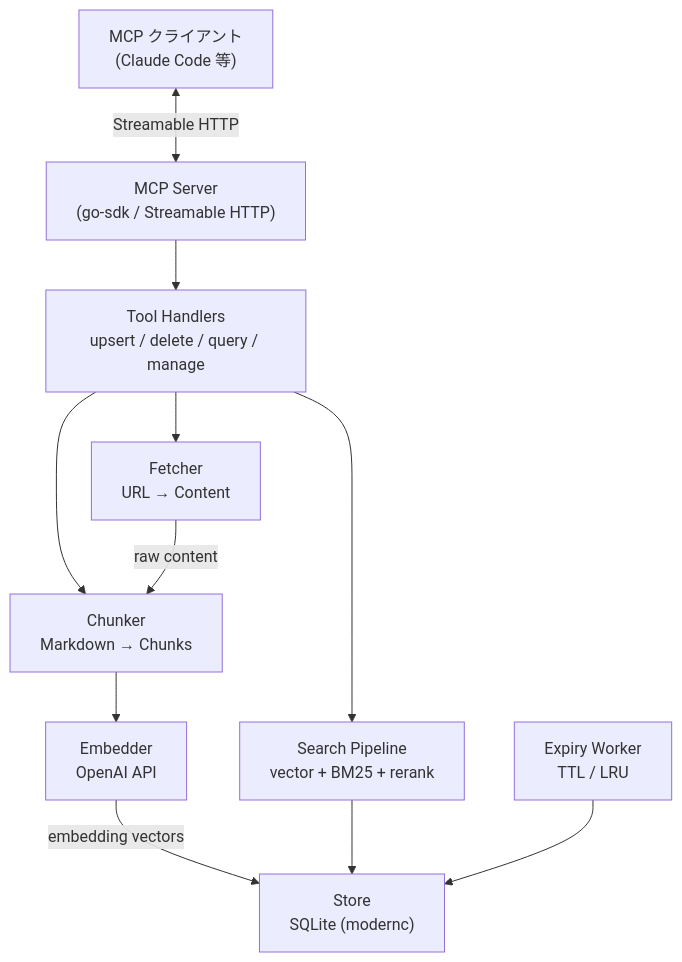
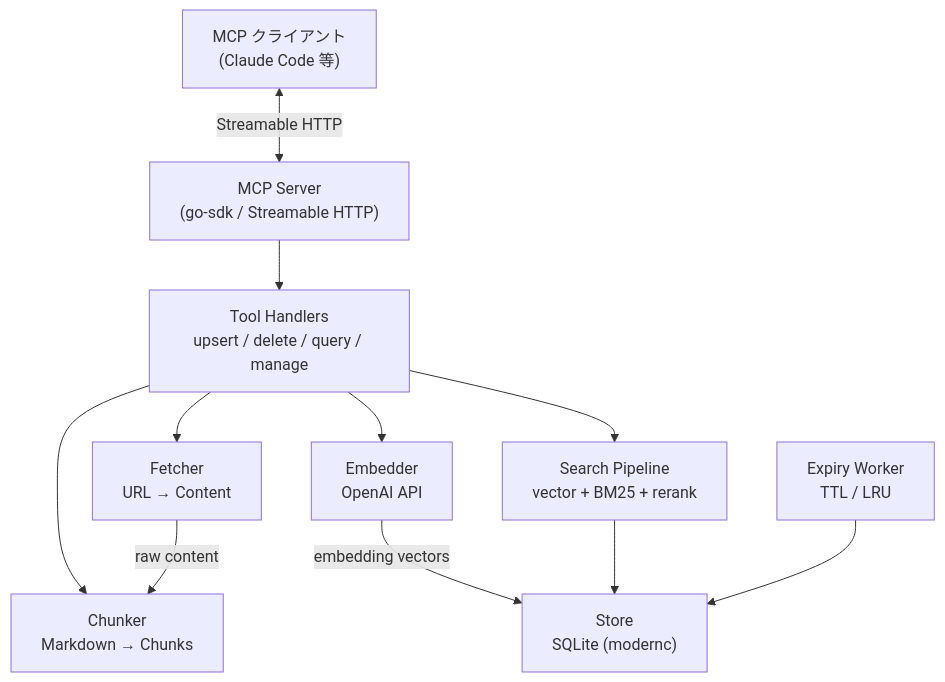
The first of 5 diagrams in docs/specs/base/design/DES-001_doc_db_mcp_server_design.md (BlueEventHorizon/doc-db-mcp-server), drawn with Mermaid before and after one commit. The commit also changed other lines of this file and 1 other file, not shown here.

````diff
--- a/docs/specs/base/design/DES-001_doc_db_mcp_server_design.md
+++ b/docs/specs/base/design/DES-001_doc_db_mcp_server_design.md
@@ -19,23 +19,23 @@
 ```mermaid
 flowchart TB
     Client["MCP クライアント\n(Claude Code 等)"]
     Server["MCP Server\n(go-sdk / Streamable HTTP)"]
     Tools["Tool Handlers\nupsert / delete / query / manage"]
     Chunker["Chunker\nMarkdown → Chunks"]
     Embedder["Embedder\nOpenAI API"]
     Fetcher["Fetcher\nURL → Content"]
     Search["Search Pipeline\nvector + BM25 + rerank"]
     Store["Store\nSQLite (modernc)"]
     Expiry["Expiry Worker\nTTL / LRU"]
 
     Client <-->|"Streamable HTTP"| Server
     Server --> Tools
     Tools --> Chunker
+    Tools --> Embedder
     Tools --> Fetcher
     Tools --> Search
-    Chunker --> Embedder
     Embedder -->|"embedding vectors"| Store
     Fetcher -->|"raw content"| Chunker
     Search --> Store
     Expiry --> Store
 ```
````
